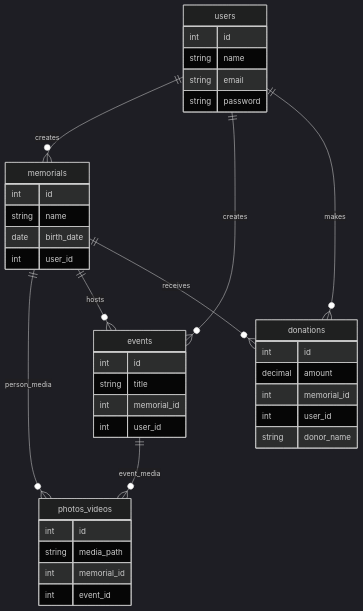
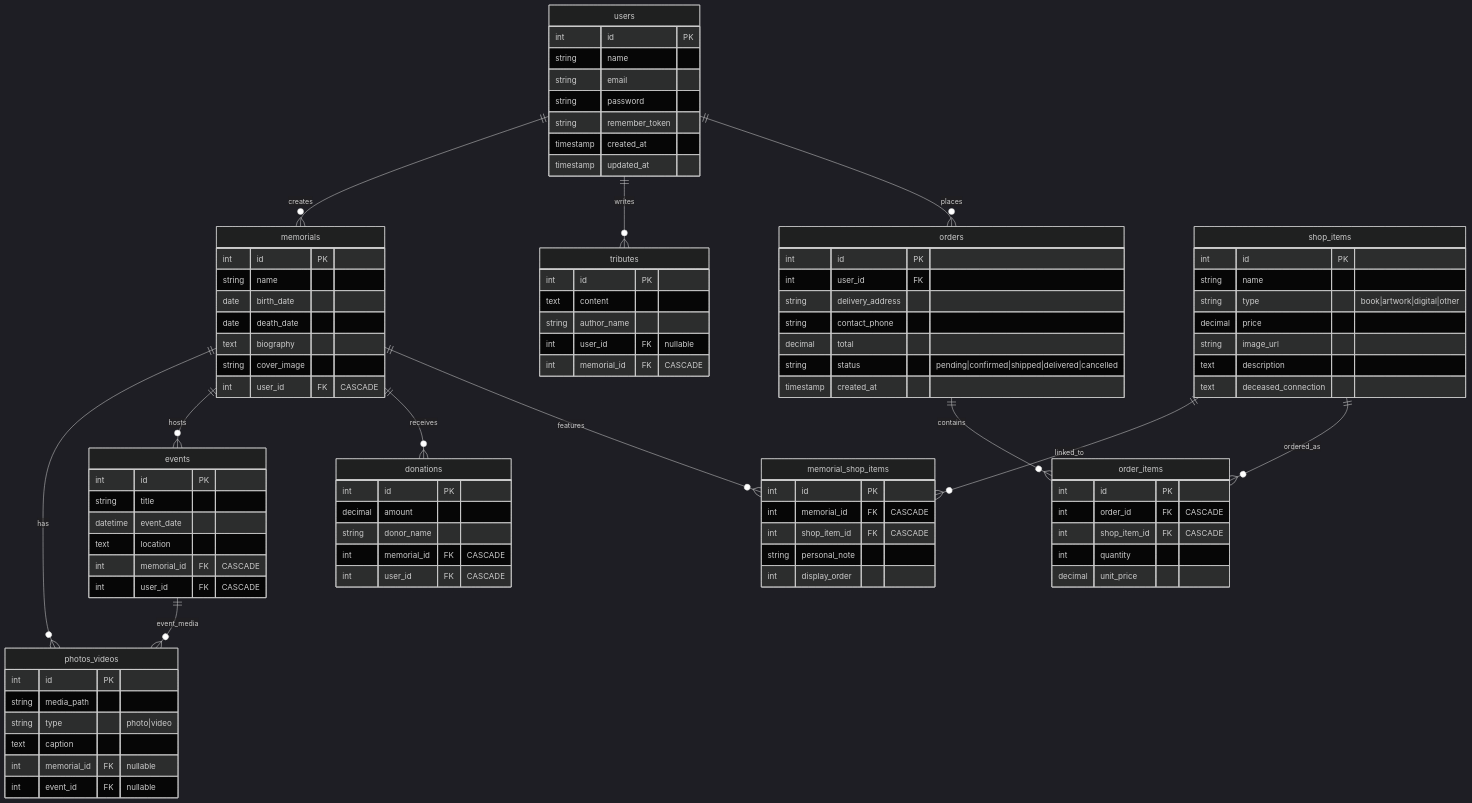
The diagram in README.md (Hasan-Atwi/capstoneweb), drawn with Mermaid (dark theme) before and after one commit. The commit also changed other lines of this file, not shown here.

Commit message:
updated DB

````diff
--- a/README.md
+++ b/README.md
@@ -5,46 +5,104 @@
 ```mermaid
 erDiagram
     users ||--o{ memorials : "creates"
-    users ||--o{ events : "creates"
-    users ||--o{ donations : "makes"
-    memorials ||--o{ photos_videos : "person_media"
-    events ||--o{ photos_videos : "event_media"
+    users ||--o{ tributes : "writes"
+    users ||--o{ orders : "places"
+    memorials ||--o{ photos_videos : "has"
     memorials ||--o{ events : "hosts"
     memorials ||--o{ donations : "receives"
+    memorials ||--o{ memorial_shop_items : "features"
+    shop_items ||--o{ memorial_shop_items : "linked_to"
+    shop_items ||--o{ order_items : "ordered_as"
+    orders ||--o{ order_items : "contains"
+    events ||--o{ photos_videos : "event_media"
 
     users {
-        int id
+        int id PK
         string name
         string email
         string password
+        string remember_token
+        timestamp created_at
+        timestamp updated_at
     }
 
     memorials {
-        int id
+        int id PK
         string name
         date birth_date
-        int user_id
+        date death_date
+        text biography
+        string cover_image
+        int user_id FK "CASCADE"
     }
 
     photos_videos {
-        int id
+        int id PK
         string media_path
-        int memorial_id
-        int event_id
+        string type "photo|video"
+        text caption
+        int memorial_id FK "nullable"
+        int event_id FK "nullable"
     }
 
     events {
-        int id
+        int id PK
         string title
-        int memorial_id
-        int user_id
+        datetime event_date
+        text location
+        int memorial_id FK "CASCADE"
+        int user_id FK "CASCADE"
+    }
+
+    tributes {
+        int id PK
+        text content
+        string author_name
+        int user_id FK "nullable"
+        int memorial_id FK "CASCADE"
     }
 
     donations {
-        int id
+        int id PK
         decimal amount
-        int memorial_id
-        int user_id
         string donor_name
+        int memorial_id FK "CASCADE"
+        int user_id FK "CASCADE"
+    }
+
+    shop_items {
+        int id PK
+        string name
+        string type "book|artwork|digital|other"
+        decimal price
+        string image_url
+        text description
+        text deceased_connection
+    }
+
+    memorial_shop_items {
+        int id PK
+        int memorial_id FK "CASCADE"
+        int shop_item_id FK "CASCADE"
+        string personal_note
+        int display_order
+    }
+
+    orders {
+        int id PK
+        int user_id FK
+        string delivery_address
+        string contact_phone
+        decimal total
+        string status "pending|confirmed|shipped|delivered|cancelled"
+        timestamp created_at
+    }
+
+    order_items {
+        int id PK
+        int order_id FK "CASCADE"
+        int shop_item_id FK "CASCADE"
+        int quantity
+        decimal unit_price
     }
 ```
````
